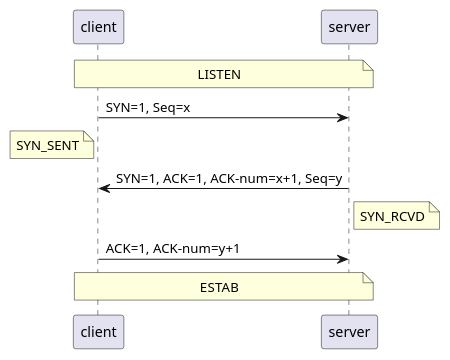
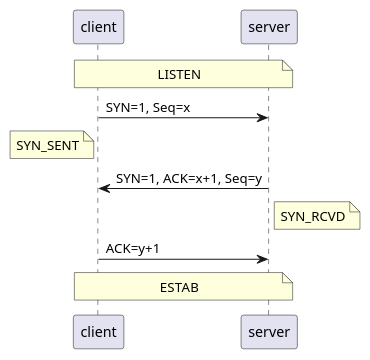
Before and after one commit to IceHe/icehe-lib: the first of 2 diagrams in snips/interview/tcp.md, drawn with PlantUML. The commit also changed other lines of this file, not shown here.

````diff
--- a/snips/interview/tcp.md
+++ b/snips/interview/tcp.md
@@ -24,13 +29,13 @@
 ```plantuml
 @startuml
 
 note over client, server: LISTEN
 client -> server : SYN=1, Seq=x
 note left of client: SYN_SENT
-client <- server : SYN=1, ACK=1, ACK-num=x+1, Seq=y
+client <- server : SYN=1, ACK=x+1, Seq=y
 note right of server: SYN_RCVD
-client -> server : ACK=1, ACK-num=y+1
+client -> server : ACK=y+1
 note over client, server: ESTAB
 
 @enduml
 ```
````
